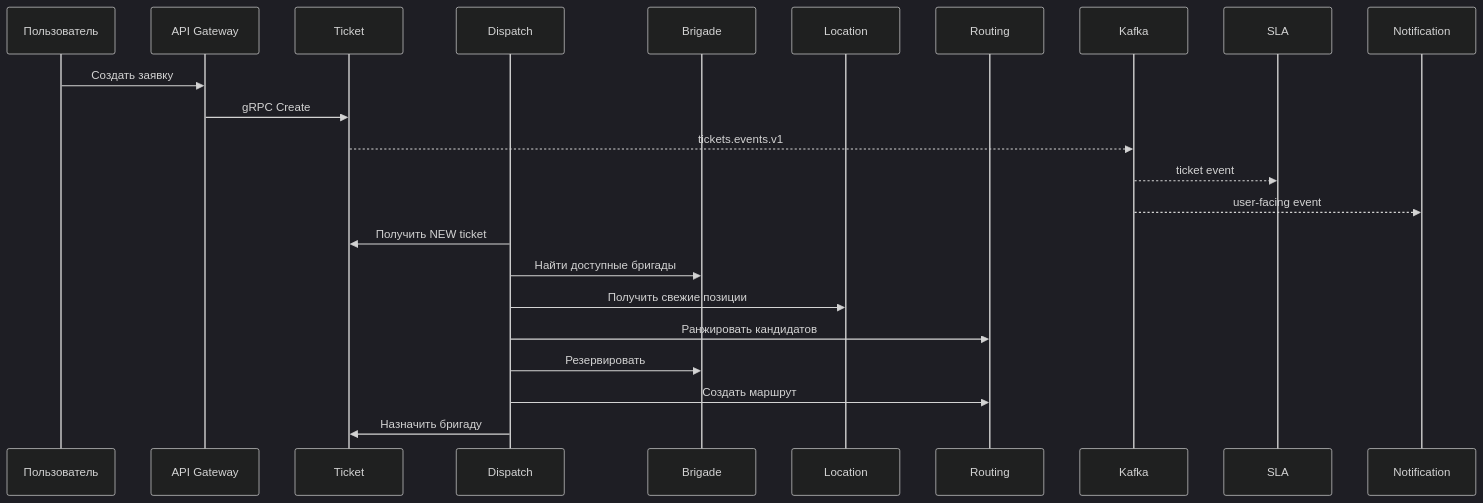
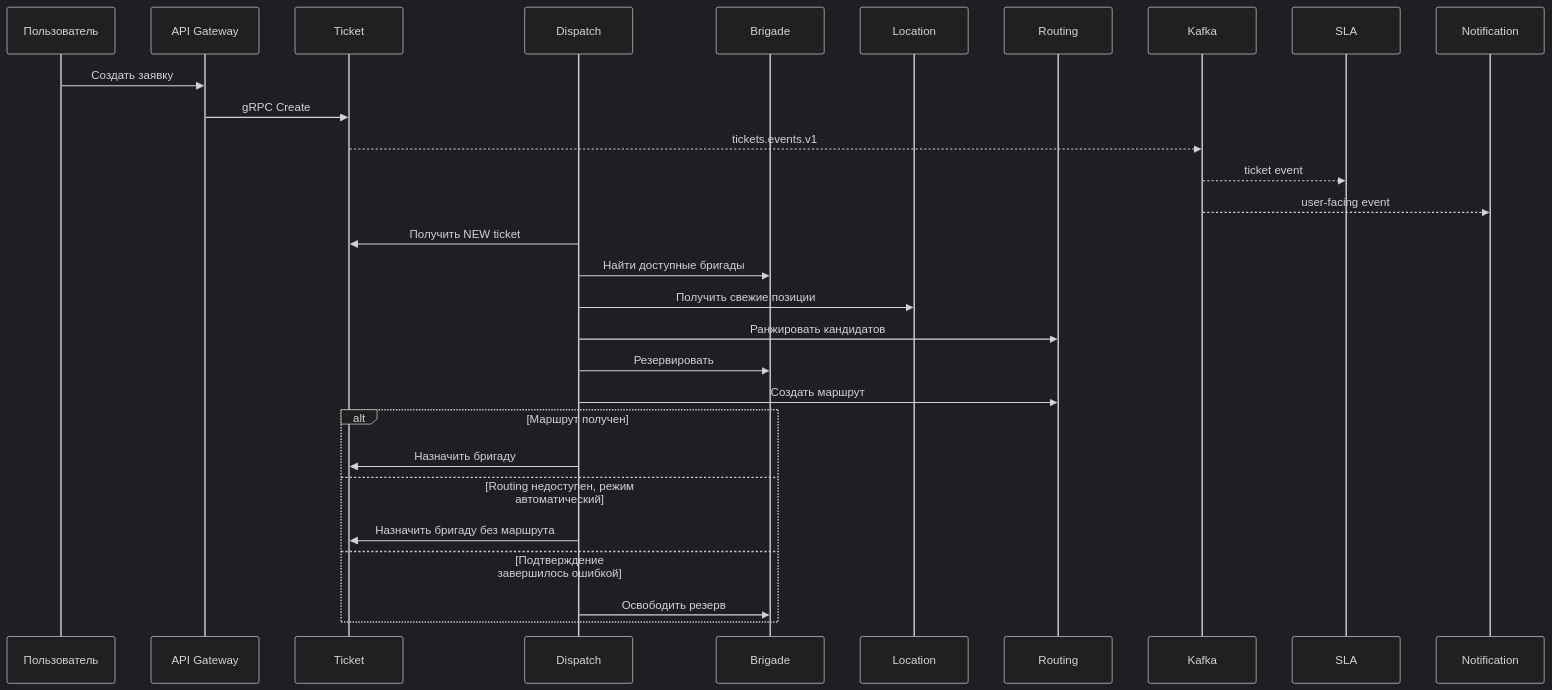
Before and after one commit to FIZZI-77/automatic_system: the diagram in wiki/Home.md, drawn with Mermaid (dark theme). The commit also changed other lines of this file and 23 other files, not shown here.

````diff
--- a/wiki/Home.md
+++ b/wiki/Home.md
@@ -37,27 +38,33 @@
 ```mermaid
 sequenceDiagram
     participant User as Пользователь
     participant GW as API Gateway
     participant Ticket
     participant Dispatch
     participant Brigade
     participant Location
     participant Routing
     participant Kafka
     participant SLA
     participant Notification
 
     User->>GW: Создать заявку
     GW->>Ticket: gRPC Create
     Ticket-->>Kafka: tickets.events.v1
     Kafka-->>SLA: ticket event
     Kafka-->>Notification: user-facing event
 
     Dispatch->>Ticket: Получить NEW ticket
     Dispatch->>Brigade: Найти доступные бригады
     Dispatch->>Location: Получить свежие позиции
     Dispatch->>Routing: Ранжировать кандидатов
     Dispatch->>Brigade: Резервировать
     Dispatch->>Routing: Создать маршрут
-    Dispatch->>Ticket: Назначить бригаду
+    alt Маршрут получен
+        Dispatch->>Ticket: Назначить бригаду
+    else Routing недоступен, режим автоматический
+        Dispatch->>Ticket: Назначить бригаду без маршрута
+    else Подтверждение завершилось ошибкой
+        Dispatch->>Brigade: Освободить резерв
+    end
 ```
````
